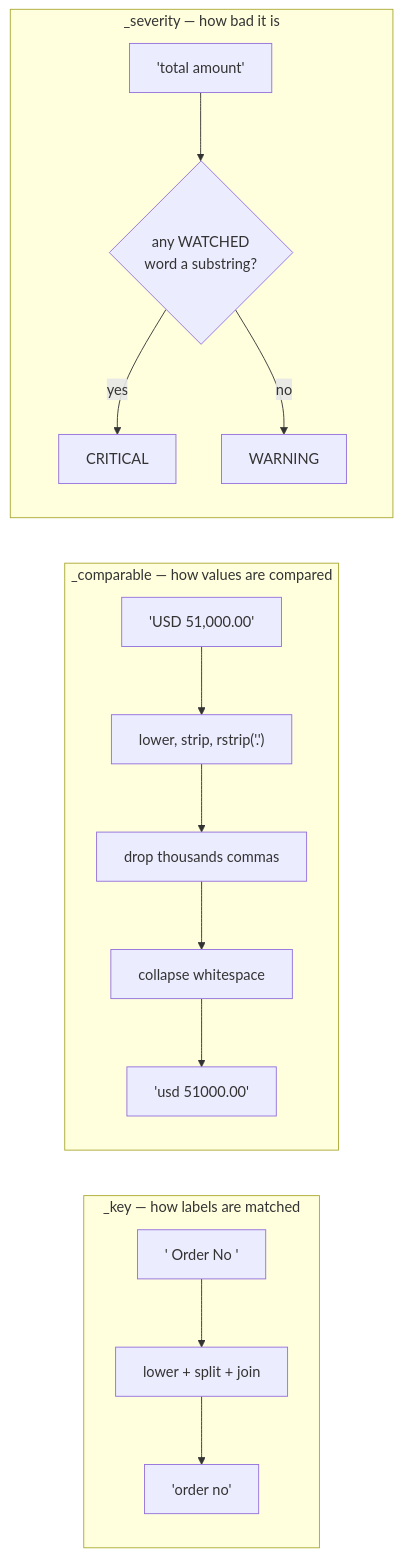
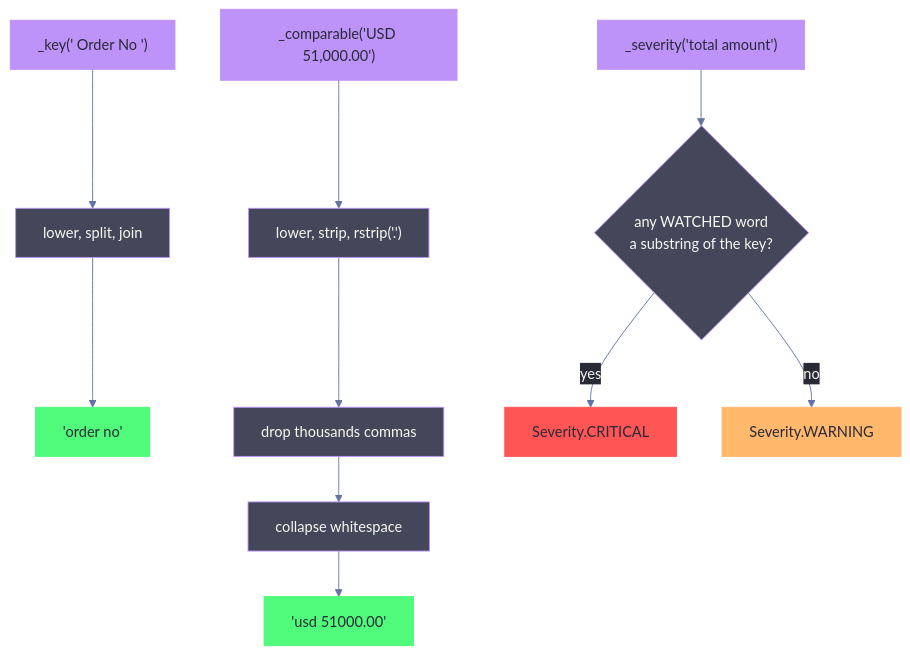
Before and after one commit to selvakumarperumal/tfd_prototype: diagram 16 of 39 in API_FLOW.md, drawn with Mermaid. The commit also changed other lines of this file, not shown here.

Commit message:
Update API flow documentation

````diff
--- a/API_FLOW.md
+++ b/API_FLOW.md
@@ -435,14 +595,19 @@
 ```mermaid
-flowchart LR
-    subgraph key["_key — how labels are matched"]
-        K1["'  Order   No '"] --> K2["lower + split + join"] --> K3["'order no'"]
-    end
-    subgraph cmp["_comparable — how values are compared"]
-        C1["'USD 51,000.00'"] --> C2["lower, strip, rstrip('.')"] --> C3["drop thousands commas"] --> C4["collapse whitespace"] --> C5["'usd 51000.00'"]
-    end
-    subgraph sev["_severity — how bad it is"]
-        S1["'total amount'"] --> S2{"any WATCHED<br/>word a substring?"}
-        S2 -->|yes| S3["CRITICAL"]
-        S2 -->|no| S4["WARNING"]
-    end
+%%{init:{'theme':'base','themeVariables':{'darkMode':true,'background':'#282a36','mainBkg':'#44475a','primaryColor':'#44475a','primaryTextColor':'#f8f8f2','primaryBorderColor':'#bd93f9','lineColor':'#6272a4','textColor':'#f8f8f2','nodeBorder':'#bd93f9','clusterBkg':'#21222c','clusterBorder':'#6272a4','edgeLabelBackground':'#282a36','actorBkg':'#44475a','actorBorder':'#bd93f9','actorTextColor':'#f8f8f2','actorLineColor':'#6272a4','signalColor':'#f8f8f2','signalTextColor':'#f8f8f2','noteBkgColor':'#414458','noteBorderColor':'#ffb86c','noteTextColor':'#f8f8f2','activationBkgColor':'#6272a4','activationBorderColor':'#bd93f9','labelBoxBkgColor':'#44475a','labelBoxBorderColor':'#bd93f9','labelTextColor':'#f8f8f2','loopTextColor':'#f8f8f2','sequenceNumberColor':'#282a36'}}}%%
+flowchart TD
+    K1["_key('  Order   No ')"] --> K2["lower, split, join"] --> K3["'order no'"]
+    C1["_comparable('USD 51,000.00')"] --> C2["lower, strip, rstrip('.')"] --> C3["drop thousands commas"] --> C4["collapse whitespace"] --> C5["'usd 51000.00'"]
+    S1["_severity('total amount')"] --> S2{"any WATCHED word<br/>a substring of the key?"}
+    S2 -->|yes| S3["Severity.CRITICAL"]
+    S2 -->|no| S4["Severity.WARNING"]
+
+    class K1,C1,S1 entry
+    class K3,C5 ok
+    class S3 bad
+    class S4 warn
+
+    classDef entry fill:#bd93f9,stroke:#bd93f9,color:#282a36
+    classDef ok fill:#50fa7b,stroke:#50fa7b,color:#282a36
+    classDef bad fill:#ff5555,stroke:#ff5555,color:#282a36
+    classDef warn fill:#ffb86c,stroke:#ffb86c,color:#282a36
 ```
````
